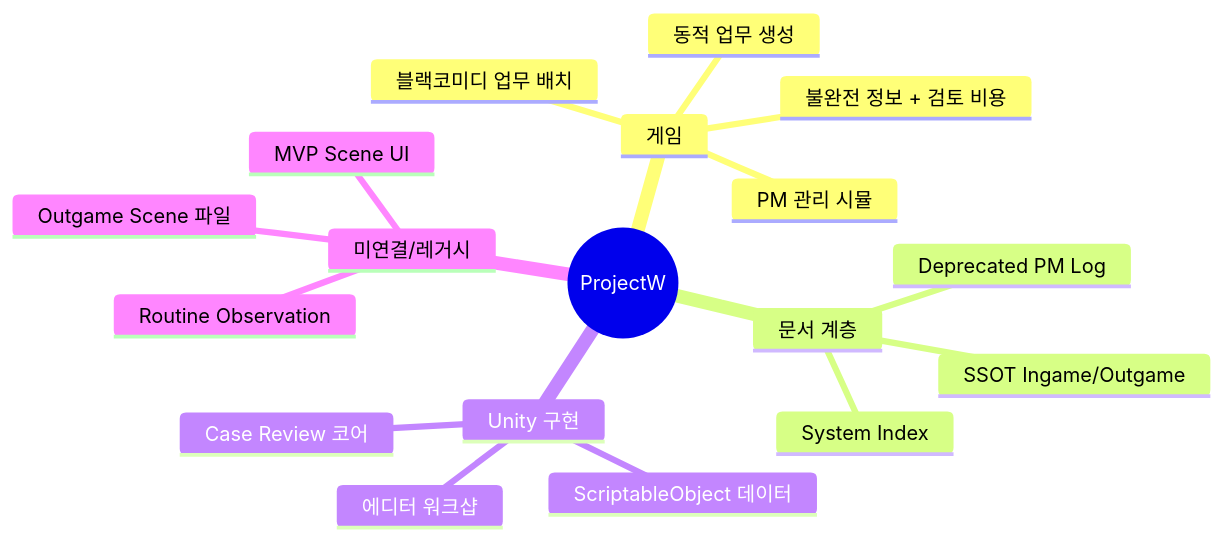
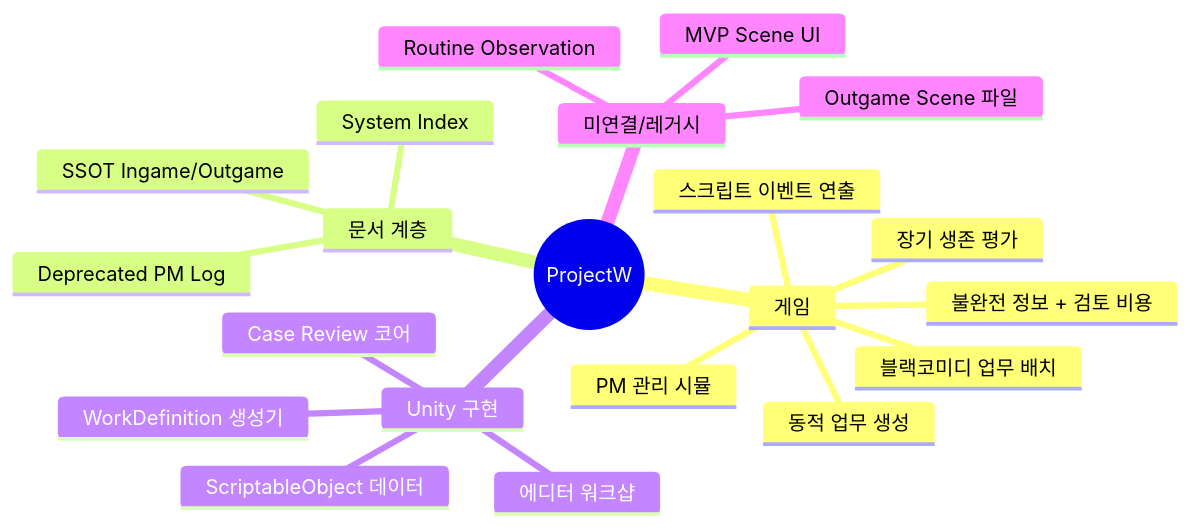
Before and after one commit to BaekNothing/ProjectW: the first of 17 diagrams in Assets/Specification/Architecture – ProjectW System Overview.md, drawn with Mermaid. The commit also changed other lines of this file and 8 other files, not shown here.

````diff
--- a/Assets/Specification/Architecture – ProjectW System Overview.md
+++ b/Assets/Specification/Architecture – ProjectW System Overview.md
@@ -46,21 +48,24 @@
 ```mermaid
 mindmap
   root((ProjectW))
     게임
       PM 관리 시뮬
       블랙코미디 업무 배치
+      장기 생존 평가
       동적 업무 생성
       불완전 정보 + 검토 비용
+      스크립트 이벤트 연출
     문서 계층
       System Index
       SSOT Ingame/Outgame
       Deprecated PM Log
     Unity 구현
       Case Review 코어
+      WorkDefinition 생성기
       ScriptableObject 데이터
       에디터 워크샵
     미연결/레거시
       MVP Scene UI
       Routine Observation
       Outgame Scene 파일
 ```
````
